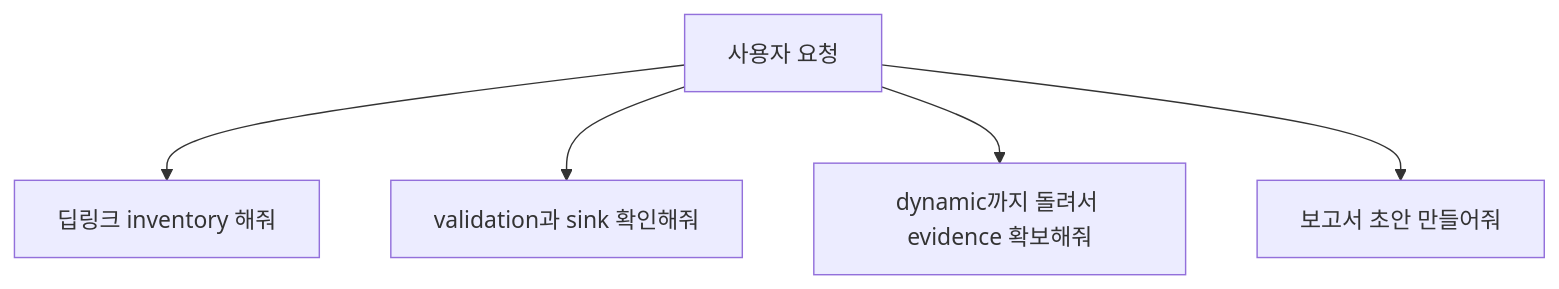
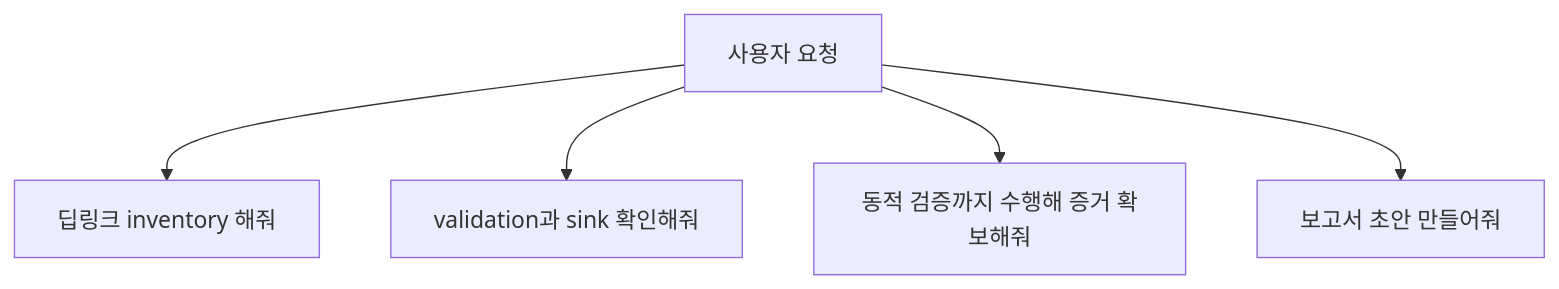
Diagram 14 of 19 in content/decks/codex-deeplink-audit-guide/source.md (koalav/present-anyything), drawn with Mermaid before and after one commit. The commit also changed other lines of this file and 26 other files, not shown here.

````diff
--- a/content/decks/codex-deeplink-audit-guide/source.md
+++ b/content/decks/codex-deeplink-audit-guide/source.md
@@ -297,7 +297,7 @@
 ```mermaid
 flowchart TB
     A[사용자 요청] --> B[딥링크 inventory 해줘]
     A --> C[validation과 sink 확인해줘]
-    A --> D[dynamic까지 돌려서 evidence 확보해줘]
+    A --> D[동적 검증까지 수행해 증거 확보해줘]
     A --> E[보고서 초안 만들어줘]
 ```
````
